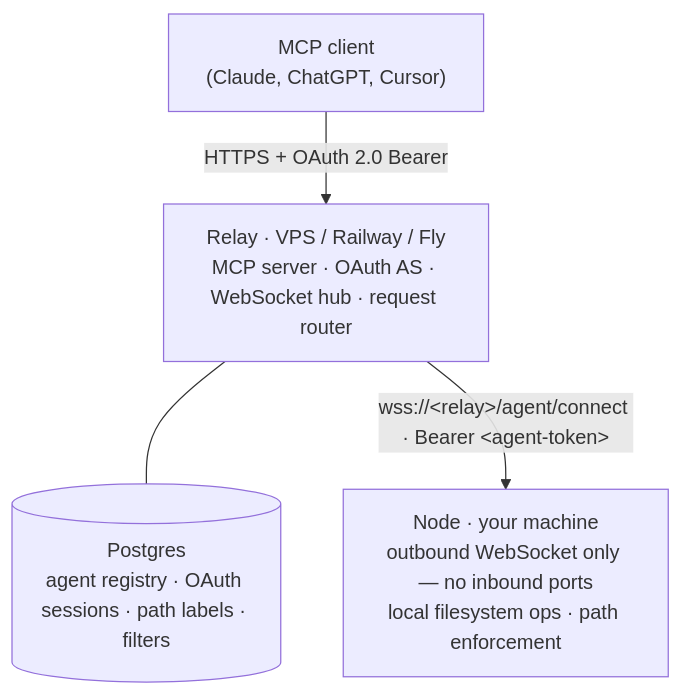
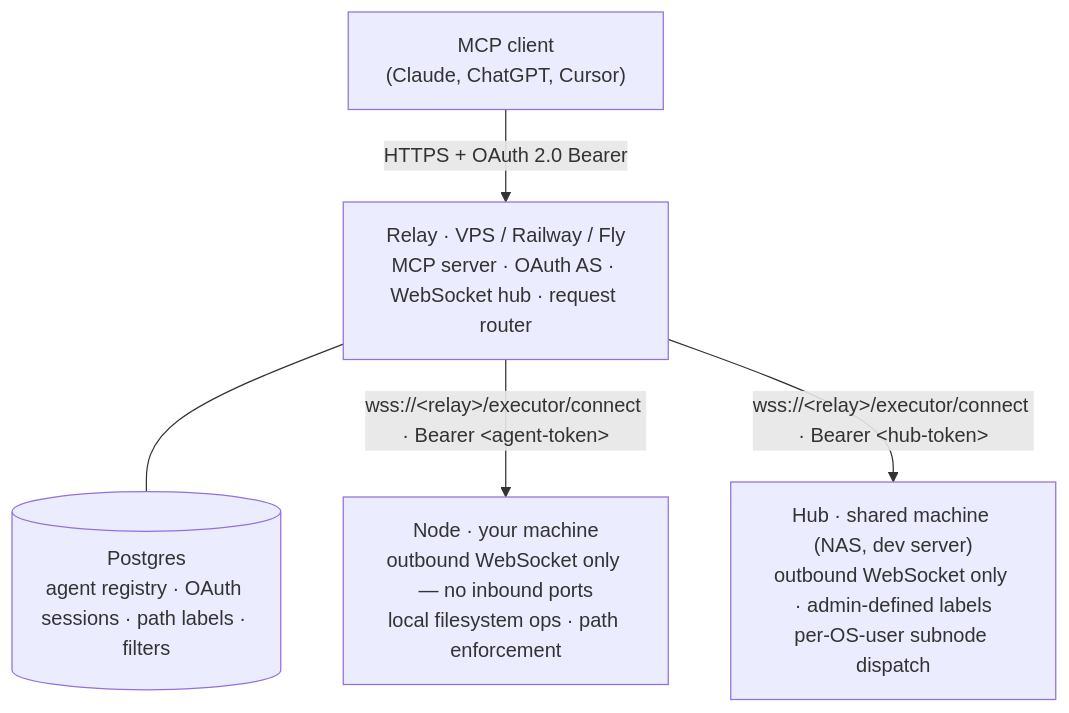
Before and after one commit to Mahasamuha/constellation-mcp: the diagram in docs/architecture.md, drawn with Mermaid. The commit also changed other lines of this file and 50 other files, not shown here.

Commit message:
finish out the node and hub renames

````diff
--- a/docs/architecture.md
+++ b/docs/architecture.md
@@ -28,11 +29,13 @@
 ```mermaid
 flowchart TD
     Client["MCP client\n(Claude, ChatGPT, Cursor)"]
     Relay["Relay · VPS / Railway / Fly\nMCP server · OAuth AS · WebSocket hub · request router"]
     Postgres[("Postgres\nagent registry · OAuth sessions · path labels · filters")]
     Node["Node · your machine\noutbound WebSocket only — no inbound ports\nlocal filesystem ops · path enforcement"]
+    Hub["Hub · shared machine (NAS, dev server)\noutbound WebSocket only · admin-defined labels\nper-OS-user subnode dispatch"]
 
     Client -->|"HTTPS + OAuth 2.0 Bearer"| Relay
     Relay --- Postgres
-    Relay -->|"wss://&lt;relay&gt;/agent/connect · Bearer &lt;agent-token&gt;"| Node
+    Relay -->|"wss://&lt;relay&gt;/executor/connect · Bearer &lt;agent-token&gt;"| Node
+    Relay -->|"wss://&lt;relay&gt;/executor/connect · Bearer &lt;hub-token&gt;"| Hub
 ```
````
